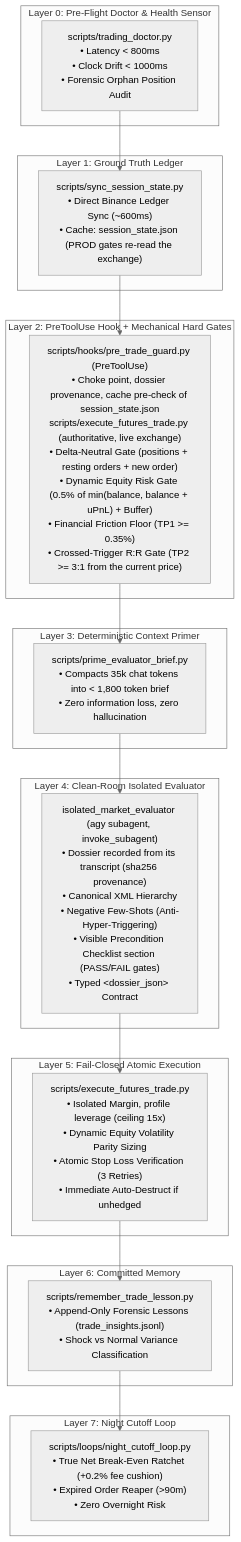
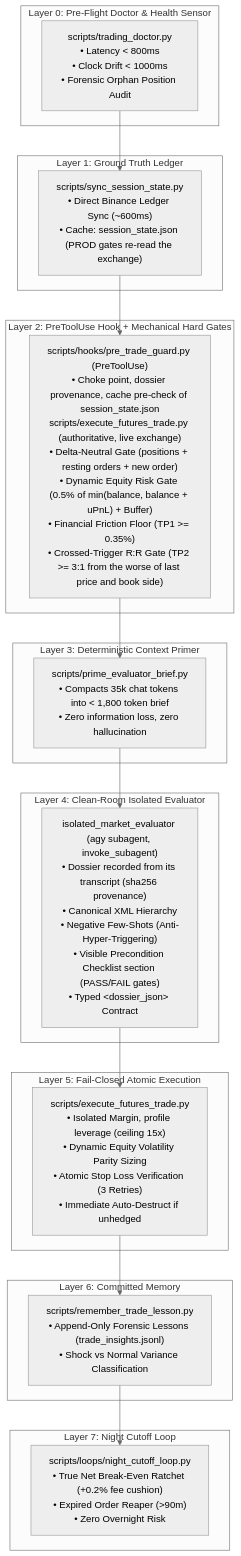
One commit to IgnacioN99/autonomous-trading-desk changed the diagram in README.md. Above: the diagram before and after it, drawn with Mermaid (neutral theme). The commit also changed other lines of this file and 5 other files, not shown here.

First line of the commit message:
fix(executor): crossed-trigger follow-ups, book-side reference, pre-arm reject message (#236, #232)

````diff
--- a/README.md
+++ b/README.md
@@ -27,36 +27,36 @@
 ```mermaid
 graph TD
     subgraph L0 ["Layer 0: Pre-Flight Doctor & Health Sensor"]
         DOC["scripts/trading_doctor.py<br/>• Latency < 800ms<br/>• Clock Drift < 1000ms<br/>• Forensic Orphan Position Audit"]
     end
 
     subgraph L1 ["Layer 1: Ground Truth Ledger"]
         SYNC["scripts/sync_session_state.py<br/>• Direct Binance Ledger Sync (~600ms)<br/>• Cache: session_state.json (PROD gates re-read the exchange)"]
     end
 
     subgraph L2 ["Layer 2: PreToolUse Hook + Mechanical Hard Gates"]
-        GATE["scripts/hooks/pre_trade_guard.py (PreToolUse)<br/>• Choke point, dossier provenance, cache pre-check of session_state.json<br/>scripts/execute_futures_trade.py (authoritative, live exchange)<br/>• Delta-Neutral Gate (positions + resting orders + new order)<br/>• Dynamic Equity Risk Gate (0.5% of min(balance, balance + uPnL) + Buffer)<br/>• Financial Friction Floor (TP1 >= 0.35%)<br/>• Crossed-Trigger R:R Gate (TP2 >= 3:1 from the current price)"]
+        GATE["scripts/hooks/pre_trade_guard.py (PreToolUse)<br/>• Choke point, dossier provenance, cache pre-check of session_state.json<br/>scripts/execute_futures_trade.py (authoritative, live exchange)<br/>• Delta-Neutral Gate (positions + resting orders + new order)<br/>• Dynamic Equity Risk Gate (0.5% of min(balance, balance + uPnL) + Buffer)<br/>• Financial Friction Floor (TP1 >= 0.35%)<br/>• Crossed-Trigger R:R Gate (TP2 >= 3:1 from the worse of last price and book side)"]
     end
 
     subgraph L3 ["Layer 3: Deterministic Context Primer"]
         BRIEF["scripts/prime_evaluator_brief.py<br/>• Compacts 35k chat tokens into &lt; 1,800 token brief<br/>• Zero information loss, zero hallucination"]
     end
 
     subgraph L4 ["Layer 4: Clean-Room Isolated Evaluator"]
         EVAL["isolated_market_evaluator (agy subagent, invoke_subagent)<br/>• Dossier recorded from its transcript (sha256 provenance)<br/>• Canonical XML Hierarchy<br/>• Negative Few-Shots (Anti-Hyper-Triggering)<br/>• Visible Precondition Checklist section (PASS/FAIL gates)<br/>• Typed &lt;dossier_json&gt; Contract"]
     end
 
     subgraph L5 ["Layer 5: Fail-Closed Atomic Execution"]
         EXEC["scripts/execute_futures_trade.py<br/>• Isolated Margin, profile leverage (ceiling 15x)<br/>• Dynamic Equity Volatility Parity Sizing<br/>• Atomic Stop Loss Verification (3 Retries)<br/>• Immediate Auto-Destruct if unhedged"]
     end
 
     subgraph L6 ["Layer 6: Committed Memory"]
         MEM["scripts/remember_trade_lesson.py<br/>• Append-Only Forensic Lessons (trade_insights.jsonl)<br/>• Shock vs Normal Variance Classification"]
     end
 
     subgraph L7 ["Layer 7: Night Cutoff Loop"]
         LOOP["scripts/loops/night_cutoff_loop.py<br/>• True Net Break-Even Ratchet (+0.2% fee cushion)<br/>• Expired Order Reaper (>90m)<br/>• Zero Overnight Risk"]
     end
 
     DOC --> SYNC --> GATE --> BRIEF --> EVAL --> EXEC --> MEM --> LOOP
 ```
````
